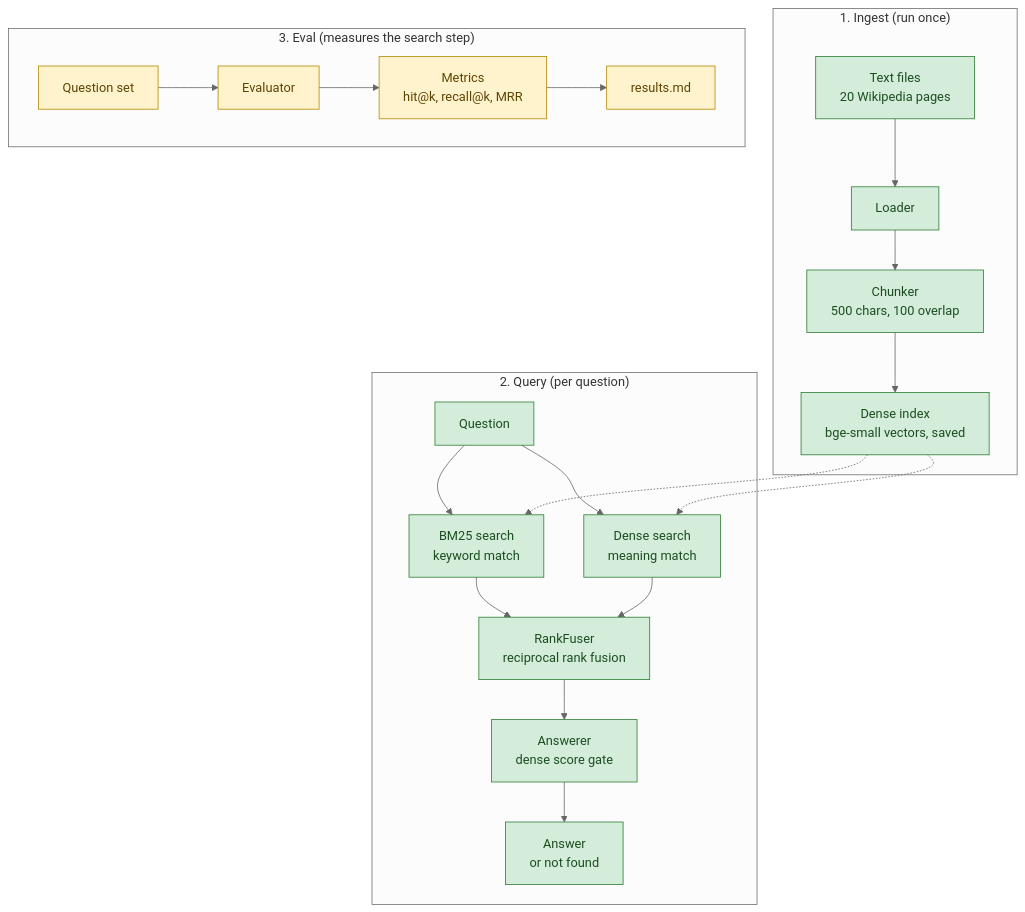
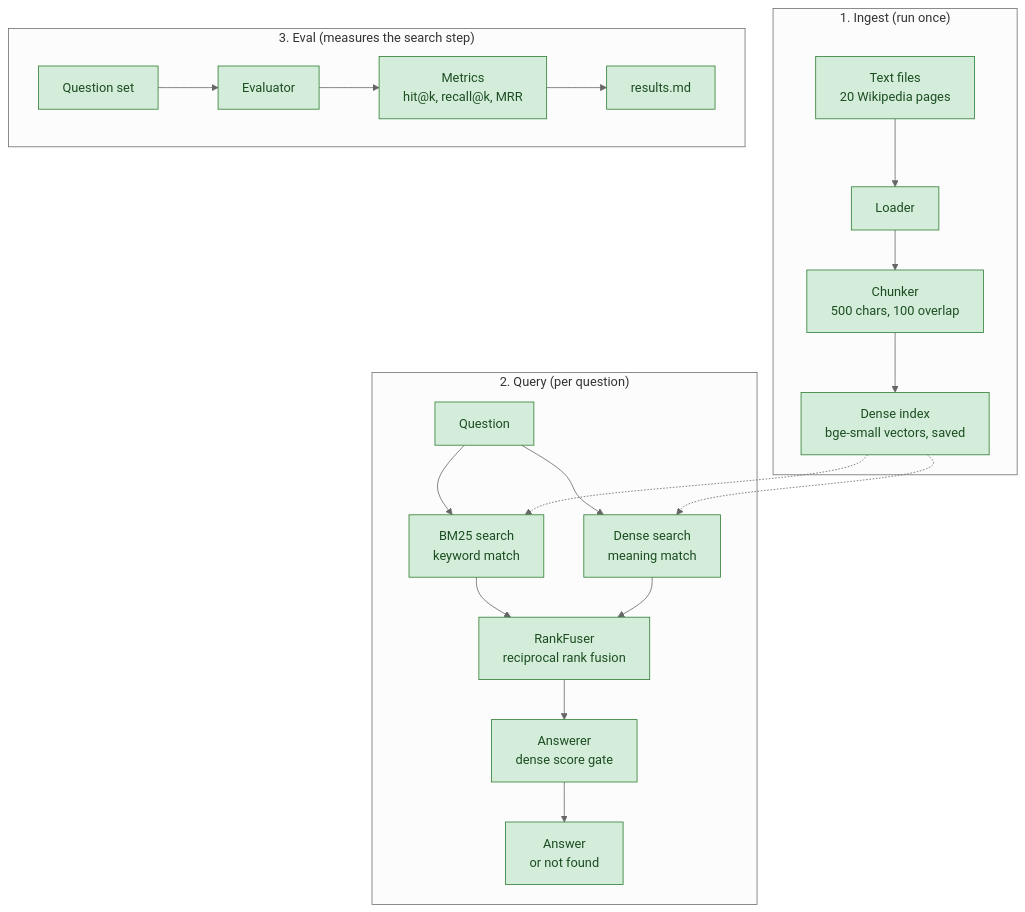
One commit to AvanAvi/mini-rag changed the diagram in README.md. Above: the diagram before and after it, drawn with Mermaid (neutral theme). The commit also changed other lines of this file and 36 other files, not shown here.

````diff
--- a/README.md
+++ b/README.md
@@ -15,27 +15,27 @@
 ```mermaid
 flowchart TD
   subgraph S1["1. Ingest (run once)"]
     files["Text files<br/>20 Wikipedia pages"] --> loader["Loader"]
     loader --> chunker["Chunker<br/>500 chars, 100 overlap"]
     chunker --> dense["Dense index<br/>bge-small vectors, saved"]
   end
   subgraph S2["2. Query (per question)"]
     question["Question"] --> bm25["BM25 search<br/>keyword match"]
     question --> densesearch["Dense search<br/>meaning match"]
     bm25 --> fuser["RankFuser<br/>reciprocal rank fusion"]
     densesearch --> fuser
     fuser --> answerer["Answerer<br/>dense score gate"]
     answerer --> answer["Answer<br/>or not found"]
   end
   subgraph S3["3. Eval (measures the search step)"]
     testset["Question set"] --> evaluator["Evaluator"]
     evaluator --> metrics["Metrics<br/>hit@k, recall@k, MRR"]
     metrics --> results["results.md"]
   end
   dense -.-> bm25
   dense -.-> densesearch
   classDef done fill:#d4edda,stroke:#2e7d32,color:#1b4d20
   classDef todo fill:#fff3cd,stroke:#b58900,color:#5c4400
   class files,loader,chunker,dense,question,bm25,densesearch,fuser,answerer,answer done
-  class testset,evaluator,metrics,results todo
+  class testset,evaluator,metrics,results done
 ```
````
